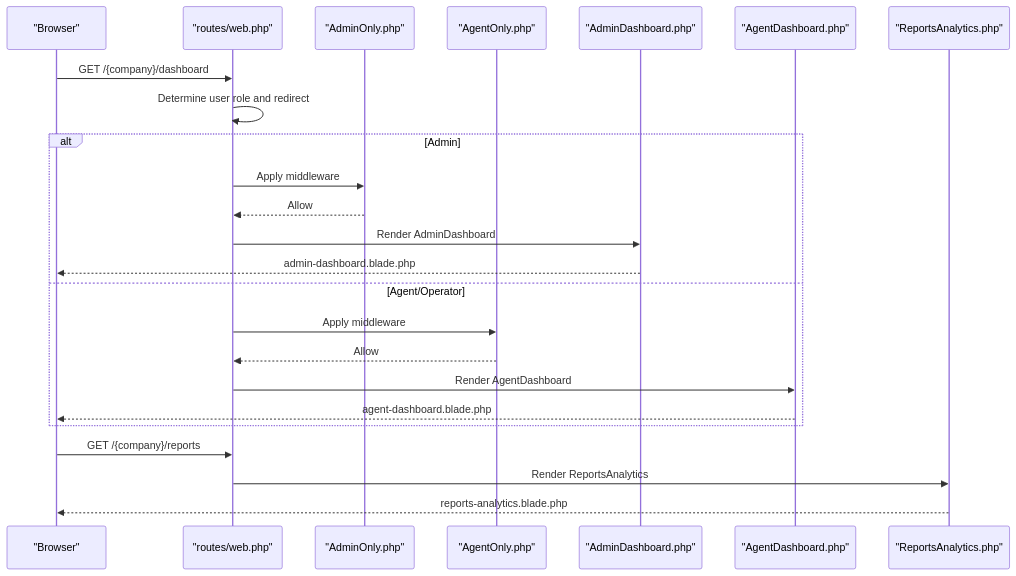
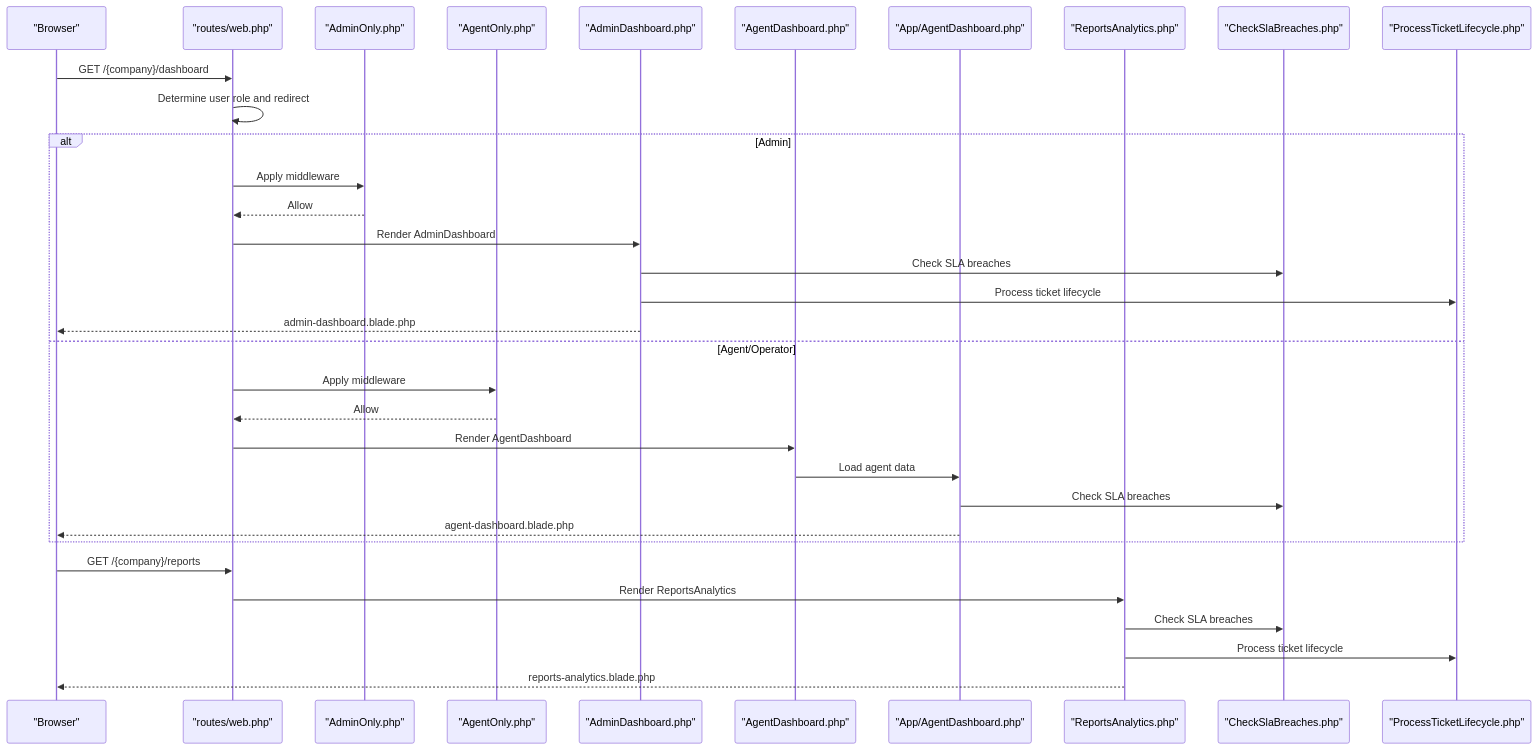
The second of 8 diagrams in .qoder/repowiki/en/content/Dashboard & Analytics/Dashboard & Analytics.md (younesgamer68/helpdesk-system), drawn with Mermaid before and after one commit. The commit also changed other lines of this file and 12 other files, not shown here.

````diff
--- a/.qoder/repowiki/en/content/Dashboard & Analytics/Dashboard & Analytics.md
+++ b/.qoder/repowiki/en/content/Dashboard & Analytics/Dashboard & Analytics.md
@@ -117,26 +164,35 @@
 ```mermaid
 sequenceDiagram
 participant Browser as "Browser"
 participant Router as "routes/web.php"
 participant MWAdmin as "AdminOnly.php"
 participant MWAgent as "AgentOnly.php"
 participant AdminDash as "AdminDashboard.php"
 participant AgentDash as "AgentDashboard.php"
+participant AppAgentDash as "App/AgentDashboard.php"
 participant Reports as "ReportsAnalytics.php"
+participant SLACmd as "CheckSlaBreaches.php"
+participant LifeCmd as "ProcessTicketLifecycle.php"
 Browser->>Router : GET /{company}/dashboard
 Router->>Router : Determine user role and redirect
 alt Admin
 Router->>MWAdmin : Apply middleware
 MWAdmin-->>Router : Allow
 Router->>AdminDash : Render AdminDashboard
+AdminDash->>SLACmd : Check SLA breaches
+AdminDash->>LifeCmd : Process ticket lifecycle
 AdminDash-->>Browser : admin-dashboard.blade.php
 else Agent/Operator
 Router->>MWAgent : Apply middleware
 MWAgent-->>Router : Allow
 Router->>AgentDash : Render AgentDashboard
-AgentDash-->>Browser : agent-dashboard.blade.php
+AgentDash->>AppAgentDash : Load agent data
+AppAgentDash->>SLACmd : Check SLA breaches
+AppAgentDash-->>Browser : agent-dashboard.blade.php
 end
 Browser->>Router : GET /{company}/reports
 Router->>Reports : Render ReportsAnalytics
+Reports->>SLACmd : Check SLA breaches
+Reports->>LifeCmd : Process ticket lifecycle
 Reports-->>Browser : reports-analytics.blade.php
 ```
````
